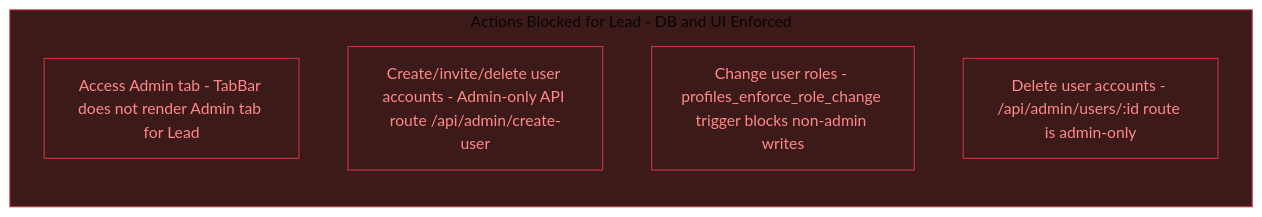
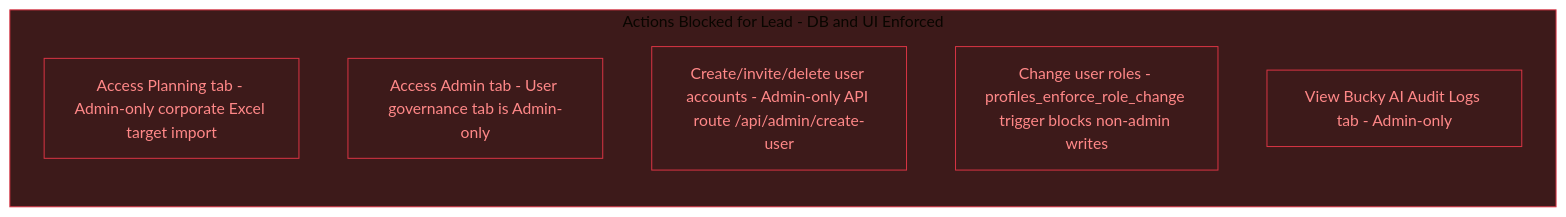
Before and after one commit to Lyduke56/BuckedUp-Dashboard-Lifewood: diagram 13 of 18 in role_workflows.md, drawn with Mermaid (base theme). The commit also changed other lines of this file and 6 other files, not shown here.

First line of the commit message:
Fix Bucky alerts colliding across users with composite key

````diff
--- a/role_workflows.md
+++ b/role_workflows.md
@@ -551,14 +385,16 @@
 ```mermaid
 flowchart LR
     subgraph BLOCKED_LEAD ["Actions Blocked for Lead - DB and UI Enforced"]
-        B1["Access Admin tab - TabBar does not render Admin tab for Lead"]
-        B2["Create/invite/delete user accounts - Admin-only API route /api/admin/create-user"]
-        B3["Change user roles - profiles_enforce_role_change trigger blocks non-admin writes"]
-        B4["Delete user accounts - /api/admin/users/:id route is admin-only"]
+        B1["Access Planning tab - Admin-only corporate Excel target import"]
+        B2["Access Admin tab - User governance tab is Admin-only"]
+        B3["Create/invite/delete user accounts - Admin-only API route /api/admin/create-user"]
+        B4["Change user roles - profiles_enforce_role_change trigger blocks non-admin writes"]
+        B5["View Bucky AI Audit Logs tab - Admin-only"]
     end
     style BLOCKED_LEAD fill:#3d1a1a,stroke:#dc3545
     style B1 fill:#3d1a1a,stroke:#dc3545,color:#ff8888
     style B2 fill:#3d1a1a,stroke:#dc3545,color:#ff8888
     style B3 fill:#3d1a1a,stroke:#dc3545,color:#ff8888
     style B4 fill:#3d1a1a,stroke:#dc3545,color:#ff8888
+    style B5 fill:#3d1a1a,stroke:#dc3545,color:#ff8888
 ```
````
